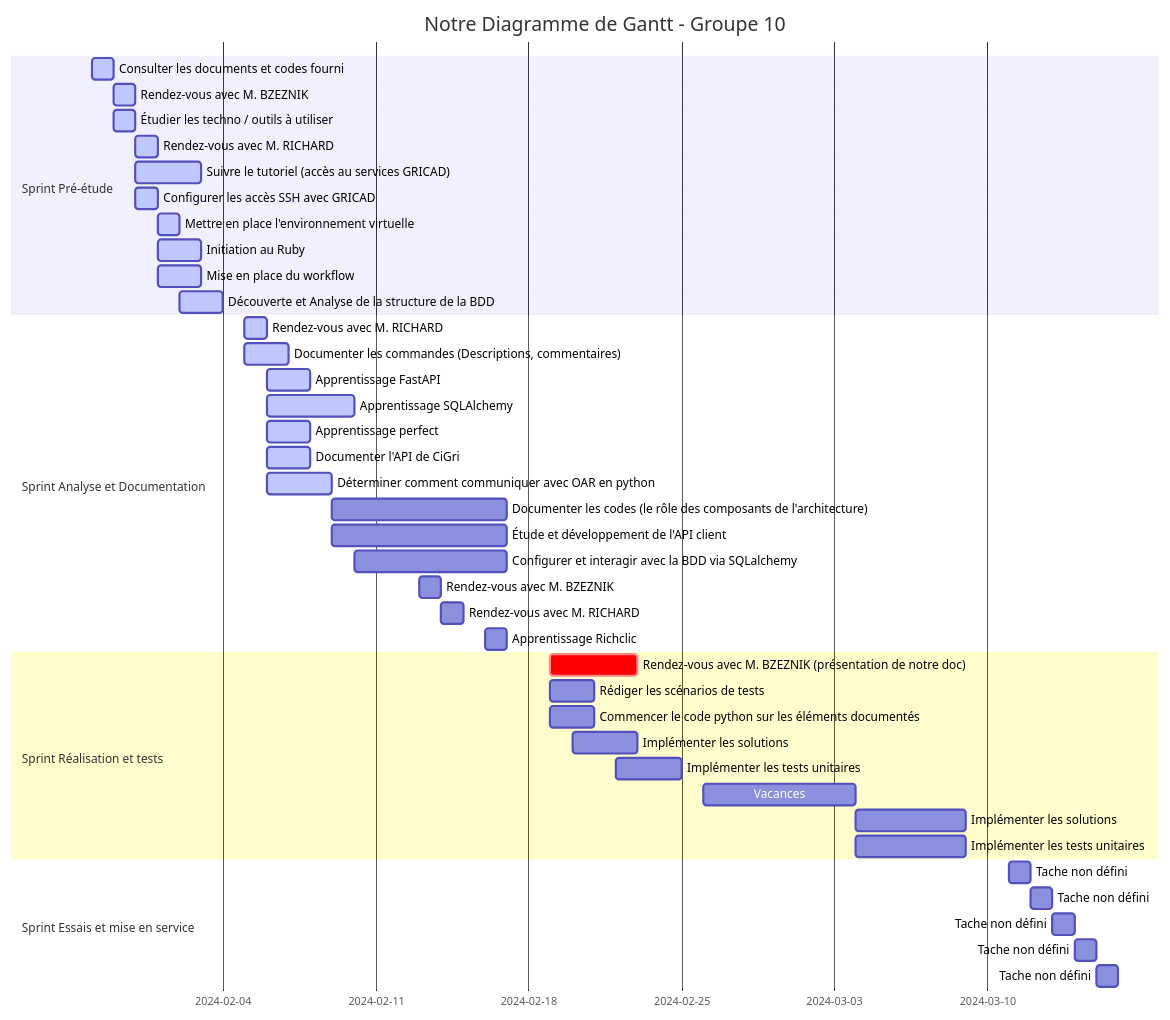
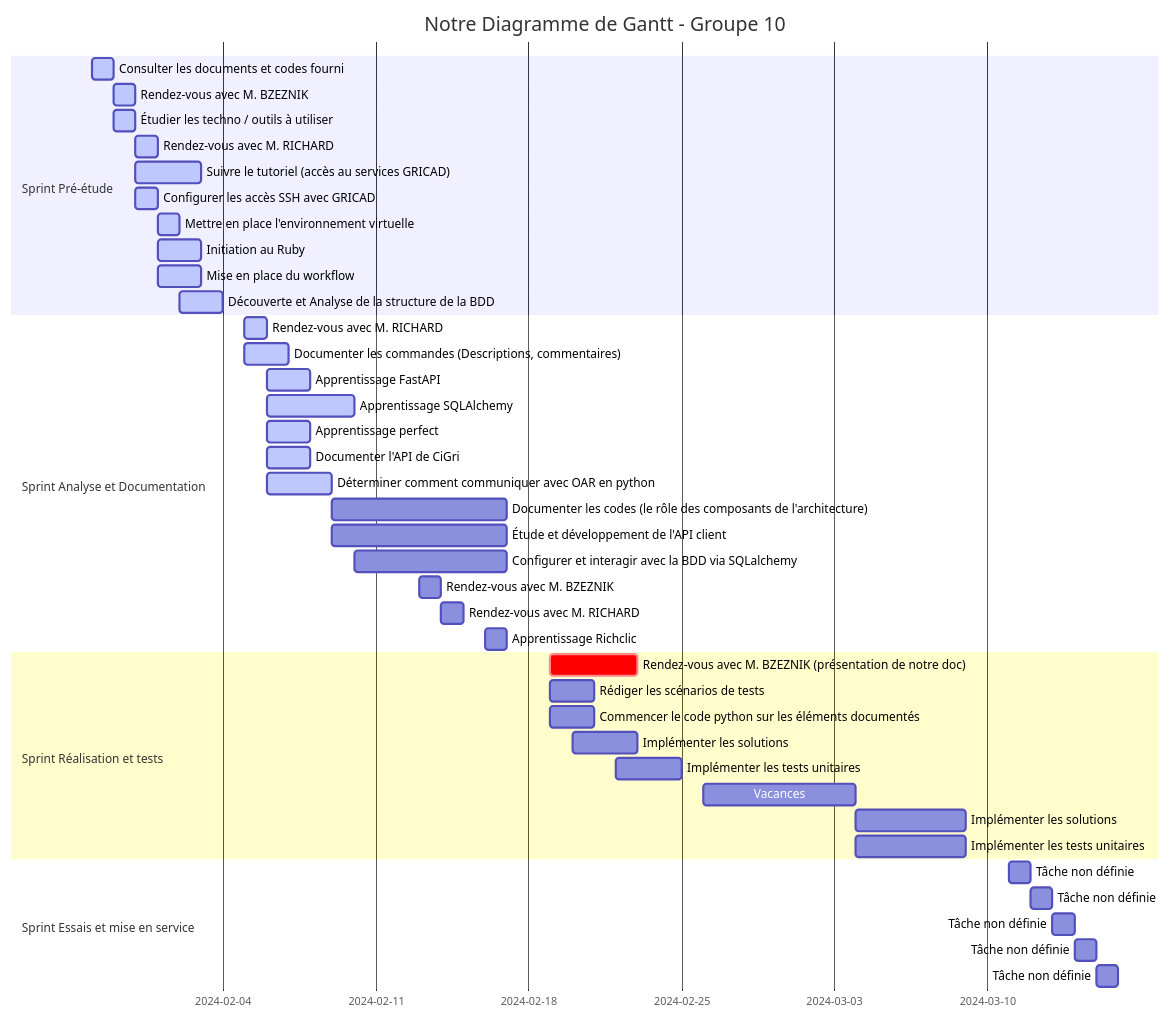
Before and after one commit to 2023-2024-PROJET-S10-G10/docs: the diagram in gantt_diagram.md, drawn with Mermaid. The commit also changed 1 other file, not shown here.

````diff
--- a/gantt_diagram.md
+++ b/gantt_diagram.md
@@ -1,45 +1,45 @@
 ```mermaid
 gantt
     title Notre Diagramme de Gantt - Groupe 10
     dateFormat YYYY-MM-DD
     section Sprint Pré-étude
         Consulter les documents et codes fourni                         :active, 2024-01-29, 1d
         Rendez-vous avec M. BZEZNIK                                     :active, 2024-01-30, 1d
         Étudier les techno / outils à utiliser                          :active, 2024-01-30, 1d
         Rendez-vous avec M. RICHARD                                     :active, 2024-01-31, 1d
         Suivre le tutoriel (accès au services GRICAD)                   :active, 2024-01-31, 3d
         Configurer les accès SSH avec GRICAD                            :active, 2024-01-31, 1d
         Mettre en place l'environnement virtuelle                       :active, 2024-02-01, 1d
         Initiation au Ruby                                              :active, 2024-02-01, 2d
         Mise en place du workflow                                       :active, 2024-02-01, 2d
         Découverte et Analyse de la structure de la BDD                 :active, 2024-02-02, 2d
     section Sprint Analyse et Documentation
         Rendez-vous avec M. RICHARD                                     :active, 2024-02-05, 1d
         Documenter les commandes (Descriptions, commentaires)           :active, 2024-02-05, 2d
         Apprentissage FastAPI                                           :active, 2024-02-06, 2d
         Apprentissage SQLAlchemy                                        :active, 2024-02-06, 4d
         Apprentissage perfect                                           :active, 2024-02-06, 2d
         Documenter l'API de CiGri                                       :active, 2024-02-06, 2d
         Déterminer comment communiquer avec OAR en python               :active, 2024-02-06, 3d
         Documenter les codes (le rôle des composants de l'architecture) : 2024-02-09, 8d
         Étude et développement de l'API client                          : 2024-02-09, 8d
         Configurer et interagir avec la BDD via SQLalchemy              : 2024-02-10, 7d
         Rendez-vous avec M. BZEZNIK                                     : 2024-02-13, 1d
         Rendez-vous avec M. RICHARD                                     : 2024-02-14, 1d
         Apprentissage Richclic                                          : 2024-02-16, 1d
     section Sprint Réalisation et tests
         Rendez-vous avec M. BZEZNIK (présentation de notre doc)         :crit, 2024-02-19, 4d
         Rédiger les scénarios de tests                                  : 2024-02-19, 2d
         Commencer le code python sur les éléments documentés            : 2024-02-19, 2d
         Implémenter les solutions                                       : 2024-02-20, 3d
         Implémenter les tests unitaires                                 : 2024-02-22, 3d
         Vacances                                                        : 2024-02-26, 7d
         Implémenter les solutions                                       : 2024-03-04, 5d
         Implémenter les tests unitaires                                 : 2024-03-04, 5d
     section Sprint Essais et mise en service
-        Tache non défini                        : 2024-03-11, 1d
-        Tache non défini                        : 2024-03-12, 1d
-        Tache non défini                        : 2024-03-13, 1d
-        Tache non défini                        : 2024-03-14, 1d
-        Tache non défini                        : 2024-03-15, 1d
+        Tâche non définie                        : 2024-03-11, 1d
+        Tâche non définie                        : 2024-03-12, 1d
+        Tâche non définie                        : 2024-03-13, 1d
+        Tâche non définie                        : 2024-03-14, 1d
+        Tâche non définie                        : 2024-03-15, 1d
 ```
````
